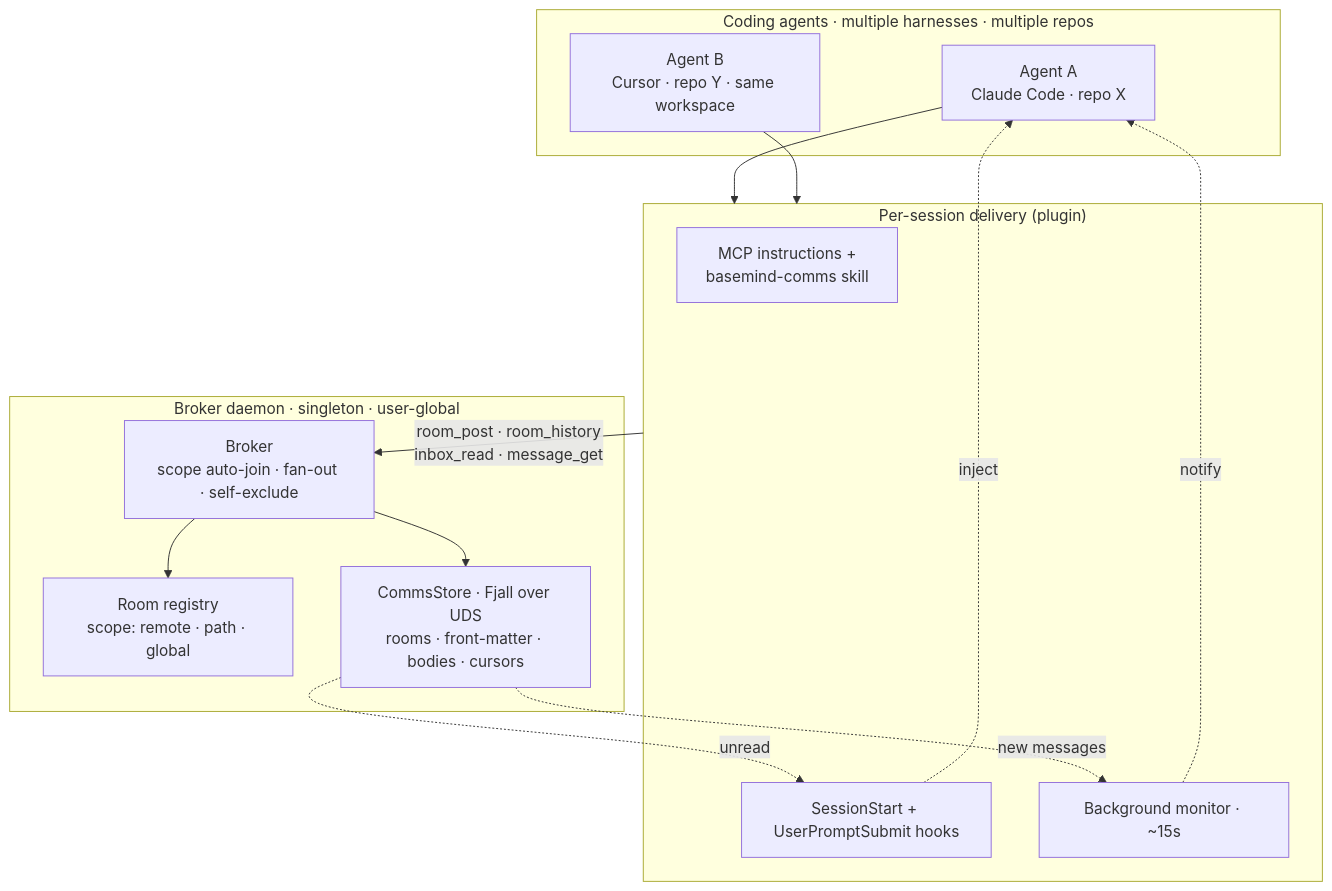
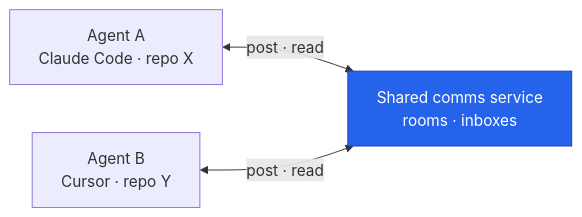
Before and after one commit to Goldziher/basemind: the second of 2 diagrams in README.md, drawn with Mermaid. The commit also changed other lines of this file and 10 other files, not shown here.

````diff
--- a/README.md
+++ b/README.md
@@ -199,26 +323,10 @@
 ```mermaid
-flowchart TB
-  subgraph agents["Coding agents · multiple harnesses · multiple repos"]
-    A["Agent A<br/>Claude Code · repo X"]
-    B["Agent B<br/>Cursor · repo Y · same workspace"]
-  end
-  subgraph delivery["Per-session delivery (plugin)"]
-    INSTR["MCP instructions +<br/>basemind-comms skill"]
-    HOOKS["SessionStart + UserPromptSubmit hooks"]
-    MON["Background monitor · ~15s"]
-  end
-  subgraph daemon["Broker daemon · singleton · user-global"]
-    BR["Broker<br/>scope auto-join · fan-out · self-exclude"]
-    REG["Room registry<br/>scope: remote · path · global"]
-    CS["CommsStore · Fjall over UDS<br/>rooms · front-matter · bodies · cursors"]
-  end
-  A --> delivery
-  B --> delivery
-  delivery -->|room_post · room_history<br/>inbox_read · message_get| BR
-  BR --> REG
-  BR --> CS
-  CS -. unread .-> HOOKS
-  CS -. new messages .-> MON
-  HOOKS -. inject .-> A
-  MON -. notify .-> A
+flowchart LR
+  A["Agent A<br/>Claude Code · repo X"]
+  B["Agent B<br/>Cursor · repo Y"]
+  BR["Shared comms service<br/>rooms · inboxes"]
+  A <-->|post · read| BR
+  B <-->|post · read| BR
+  classDef accent fill:#2563eb,stroke:#1e40af,color:#fff
+  class BR accent
 ```
````
